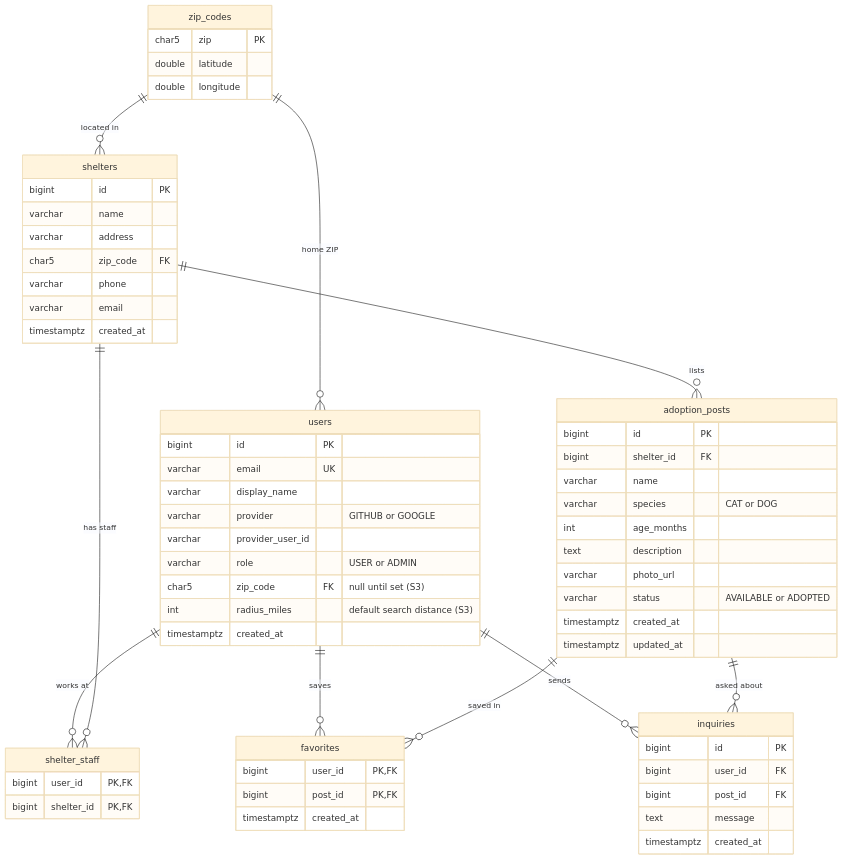
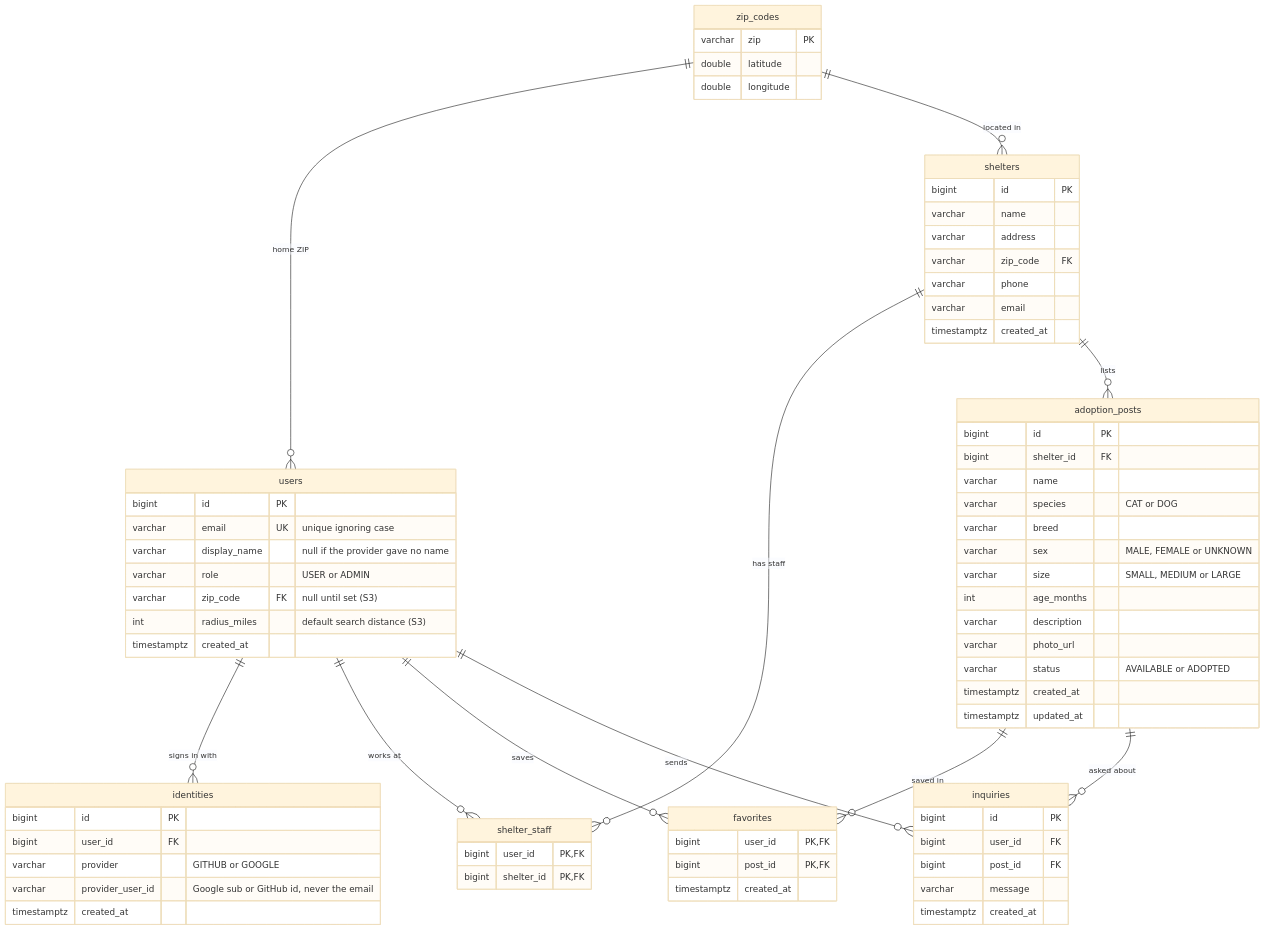
The diagram in docs/erd.md (CST-438-P3/PROJCET03), drawn with Mermaid (base theme) before and after one commit. The commit also changed other lines of this file and 13 other files, not shown here.

Commit message:
Add database schema, error handling and test base

````diff
--- a/docs/erd.md
+++ b/docs/erd.md
@@ -6,66 +7,75 @@
 ```mermaid
 erDiagram
   zip_codes ||--o{ users : "home ZIP"
   zip_codes ||--o{ shelters : "located in"
+  users ||--o{ identities : "signs in with"
   users ||--o{ shelter_staff : "works at"
   shelters ||--o{ shelter_staff : "has staff"
   shelters ||--o{ adoption_posts : lists
   users ||--o{ favorites : saves
   adoption_posts ||--o{ favorites : "saved in"
   users ||--o{ inquiries : sends
   adoption_posts ||--o{ inquiries : "asked about"
 
   zip_codes {
-    char5 zip PK
+    varchar zip PK
     double latitude
     double longitude
   }
   users {
     bigint id PK
-    varchar email UK
-    varchar display_name
+    varchar email UK "unique ignoring case"
+    varchar display_name "null if the provider gave no name"
+    varchar role "USER or ADMIN"
+    varchar zip_code FK "null until set (S3)"
+    int radius_miles "default search distance (S3)"
+    timestamptz created_at
+  }
+  identities {
+    bigint id PK
+    bigint user_id FK
     varchar provider "GITHUB or GOOGLE"
-    varchar provider_user_id
-    varchar role "USER or ADMIN"
-    char5 zip_code FK "null until set (S3)"
-    int radius_miles "default search distance (S3)"
+    varchar provider_user_id "Google sub or GitHub id, never the email"
     timestamptz created_at
   }
   shelters {
     bigint id PK
     varchar name
     varchar address
-    char5 zip_code FK
+    varchar zip_code FK
     varchar phone
     varchar email
     timestamptz created_at
   }
   shelter_staff {
     bigint user_id PK, FK
     bigint shelter_id PK, FK
   }
   adoption_posts {
     bigint id PK
     bigint shelter_id FK
     varchar name
     varchar species "CAT or DOG"
+    varchar breed
+    varchar sex "MALE, FEMALE or UNKNOWN"
+    varchar size "SMALL, MEDIUM or LARGE"
     int age_months
-    text description
+    varchar description
     varchar photo_url
     varchar status "AVAILABLE or ADOPTED"
     timestamptz created_at
     timestamptz updated_at
   }
   favorites {
     bigint user_id PK, FK
     bigint post_id PK, FK
     timestamptz created_at
   }
   inquiries {
     bigint id PK
     bigint user_id FK
     bigint post_id FK
-    text message
+    varchar message
     timestamptz created_at
   }
 ```
````
